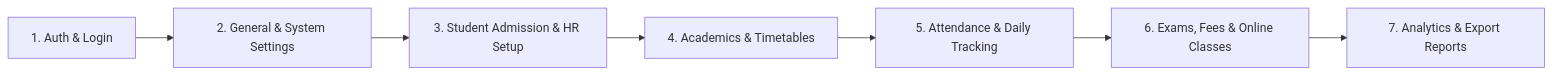
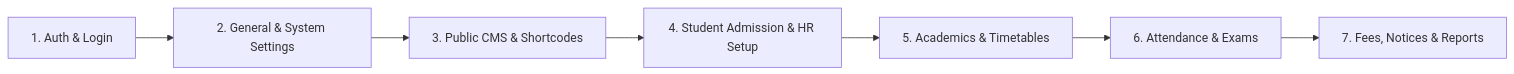
One commit to iamdoulat/ischool_template changed the diagram in README.md. Above: the diagram before and after it, drawn with Mermaid. The commit also changed other lines of this file and 2 other files, not shown here.

````diff
--- a/README.md
+++ b/README.md
@@ -76,9 +82,9 @@
 ```mermaid
 flowchart LR
     A[1. Auth & Login] --> B[2. General & System Settings]
-    B --> C[3. Student Admission & HR Setup]
-    C --> D[4. Academics & Timetables]
-    D --> E[5. Attendance & Daily Tracking]
-    E --> F[6. Exams, Fees & Online Classes]
-    F --> G[7. Analytics & Export Reports]
+    B --> C[3. Public CMS & Shortcodes]
+    C --> D[4. Student Admission & HR Setup]
+    D --> E[5. Academics & Timetables]
+    E --> F[6. Attendance & Exams]
+    F --> G[7. Fees, Notices & Reports]
 ```
````
